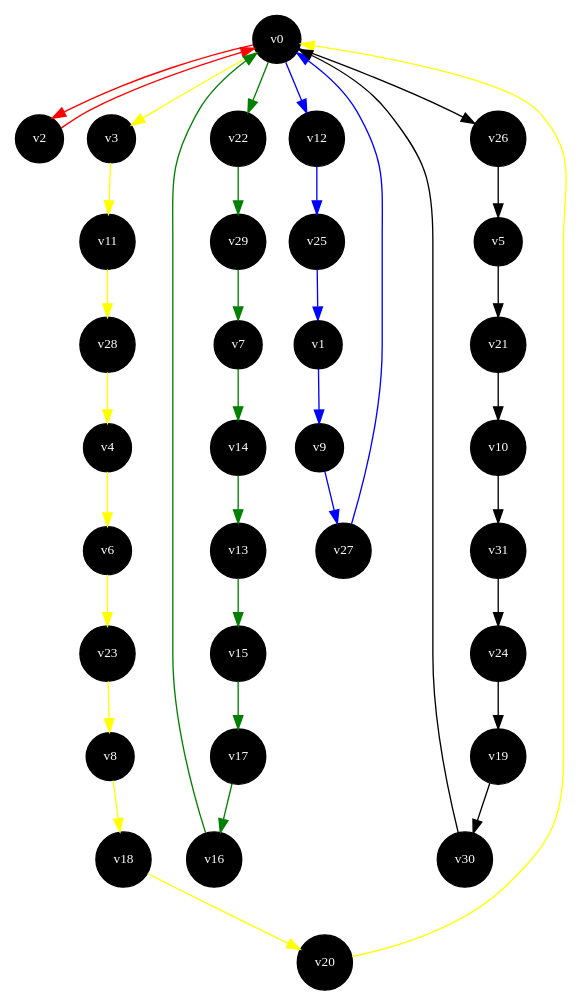
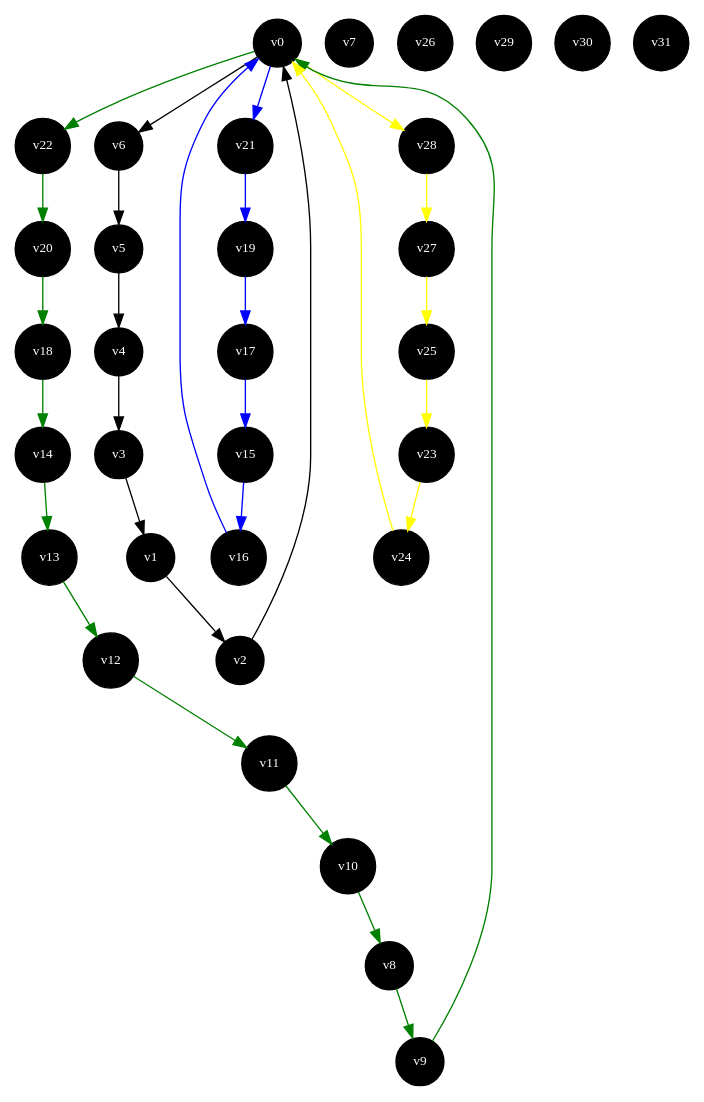
The diagram in imgs/routes.dot (Muril0S4lvador/graphs), drawn with Graphviz before and after one commit. The commit also changed 7 other files, not shown here.

```diff
--- a/imgs/routes.dot
+++ b/imgs/routes.dot
@@ -1,56 +1,56 @@
 graph {
 node[fontcolor = white, fillcolor = black, style = filled, shape = circle, fontsize = "10", overlap = "false"];
 v0 [pos = "8.37, 7.84!"];
 v1 [pos = "9.80, 4.54!"];
 v2 [pos = "5.10, 0.52!"];
 v3 [pos = "5.00, 0.82!"];
 v4 [pos = "1.33, 0.72!"];
 v5 [pos = "2.96, 9.18!"];
 v6 [pos = "5.92, 3.09!"];
 v7 [pos = "8.57, 4.02!"];
 v8 [pos = "1.43, 2.47!"];
 v9 [pos = "0.20, 4.02!"];
 v10 [pos = "0.31, 8.45!"];
 v11 [pos = "0.51, 1.03!"];
 v12 [pos = "10.00, 5.36!"];
 v13 [pos = "8.57, 2.58!"];
 v14 [pos = "6.22, 6.08!"];
 v15 [pos = "0.10, 6.70!"];
 v16 [pos = "8.98, 5.26!"];
 v17 [pos = "9.29, 0.21!"];
 v18 [pos = "1.94, 3.30!"];
 v19 [pos = "9.49, 0.31!"];
 v20 [pos = "5.10, 9.59!"];
 v21 [pos = "10.00, 1.44!"];
 v22 [pos = "0.51, 4.33!"];
 v23 [pos = "4.29, 0.93!"];
 v24 [pos = "6.22, 6.39!"];
 v25 [pos = "0.92, 10.00!"];
 v26 [pos = "8.16, 5.67!"];
 v27 [pos = "5.82, 7.11!"];
 v28 [pos = "2.35, 1.55!"];
 v29 [pos = "2.04, 7.22!"];
 v30 [pos = "8.67, 6.19!"];
 v31 [pos = "10.00, 0.52!"];
 edge [dir = forward];
 
 edge [color = "black"];
 
-v0 -- v26 -- v5 -- v21 -- v10 -- v31 -- v24 -- v19 -- v30 -- v0 ;
+v0 -- v6 -- v5 -- v4 -- v3 -- v1 -- v2 -- v0 ;
 
 edge [color = "green"];
 
-v0 -- v22 -- v29 -- v7 -- v14 -- v13 -- v15 -- v17 -- v16 -- v0 ;
+v0 -- v22 -- v20 -- v18 -- v14 -- v13 -- v12 -- v11 -- v10 -- v8 -- v9 -- v0 ;
 
 edge [color = "blue"];
 
-v0 -- v12 -- v25 -- v1 -- v9 -- v27 -- v0 ;
+v0 -- v21 -- v19 -- v17 -- v15 -- v16 -- v0 ;
 
 edge [color = "yellow"];
 
-v0 -- v3 -- v11 -- v28 -- v4 -- v6 -- v23 -- v8 -- v18 -- v20 -- v0 ;
+v0 -- v28 -- v27 -- v25 -- v23 -- v24 -- v0 ;
 
 edge [color = "red"];
 
-v0 -- v2 -- v0 ;
+v0 ;
 }
```
